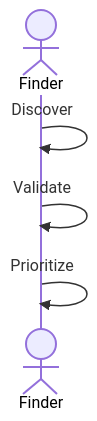
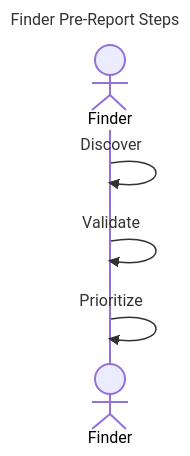
The first of 13 diagrams in docs/tutorials/worked_example.md (CERTCC/Vultron), drawn with Mermaid before and after one commit. The commit also changed other lines of this file, not shown here.

First line of the commit message:
docs: add mermaid title: headers to worked_example.md diagrams

````diff
--- a/docs/tutorials/worked_example.md
+++ b/docs/tutorials/worked_example.md
@@ -16,7 +16,10 @@
 ```mermaid
+---
+title: Finder Pre-Report Steps
+---
 sequenceDiagram
     actor Finder
     Finder ->> Finder: Discover
     Finder ->> Finder: Validate
     Finder ->> Finder: Prioritize
 ```
````
